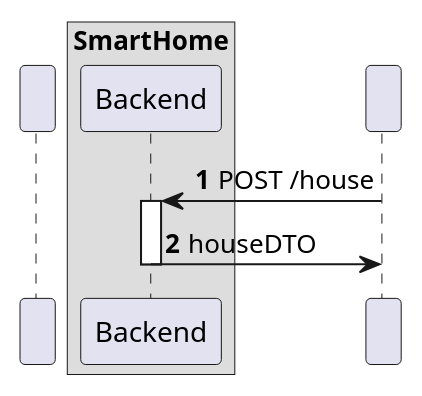
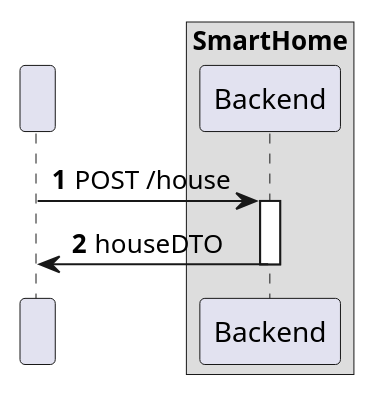
One commit to olivDiogo/SmartHome changed the diagram in docs/ooa/C4_4plus1_models/Level2/ProcessView/ProcessViewLevel2_UC01v2.puml. Above: the diagram before and after it, drawn with PlantUML. The commit also changed 8 other files, not shown here.

Commit message:
"refactor: refactoring ProcessViewLevel2 Diagrams #518"

```diff
--- a/docs/ooa/C4_4plus1_models/Level2/ProcessView/ProcessViewLevel2_UC01v2.puml
+++ b/docs/ooa/C4_4plus1_models/Level2/ProcessView/ProcessViewLevel2_UC01v2.puml
@@ -1,21 +1,20 @@
 @startuml
 'https://plantuml.com/sequence-diagram
 !pragma layout smetana
 
 autonumber
 
 
 participant " " as HTTP
 
 box "SmartHome"
     participant "Backend" as BE
 
 end box
 
-" " -> BE : POST /house
-
+HTTP -> BE : POST /house
 activate BE
-BE -> " " : houseDTO
+BE -> HTTP : houseDTO
 deactivate BE
 
 @enduml
```
